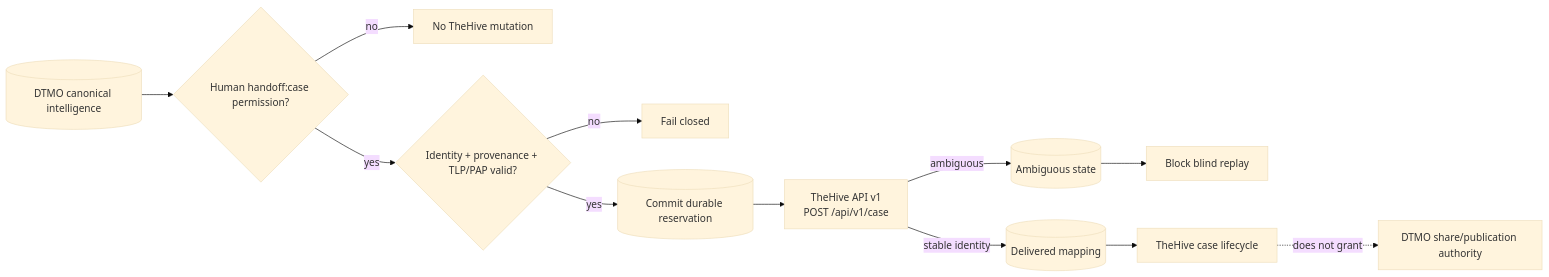
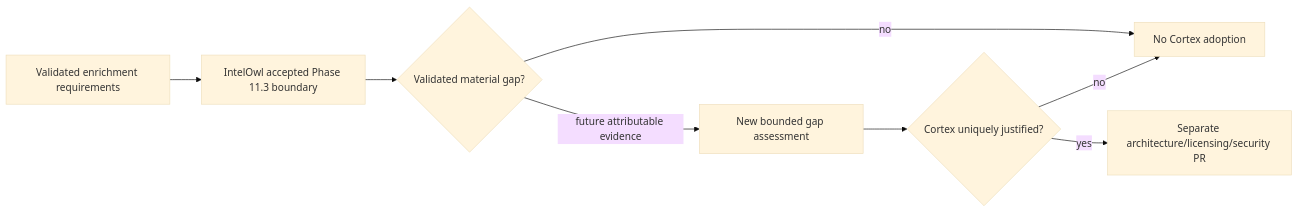
Before and after one commit to GJvManen/dtmo: the diagram in docs/project/CURRENT_STATE.md, drawn with Mermaid (base theme). The commit also changed other lines of this file, not shown here.

Commit message:
Phase 11.7: reconcile current state after TheHive acceptance

````diff
--- a/docs/project/CURRENT_STATE.md
+++ b/docs/project/CURRENT_STATE.md
@@ -50,14 +46,10 @@
 ```mermaid
 flowchart LR
-    D[(DTMO canonical intelligence)] --> A{Human handoff:case permission?}
-    A -->|no| N[No TheHive mutation]
-    A -->|yes| V{Identity + provenance + TLP/PAP valid?}
-    V -->|no| X[Fail closed]
-    V -->|yes| R[(Commit durable reservation)]
-    R --> C[TheHive API v1\nPOST /api/v1/case]
-    C -->|stable identity| M[(Delivered mapping)]
-    C -->|ambiguous| U[(Ambiguous state)]
-    U --> B[Block blind replay]
-    M --> H[TheHive case lifecycle]
-    H -. does not grant .-> S[DTMO share/publication authority]
+    R[Validated enrichment requirements] --> I[IntelOwl accepted Phase 11.3 boundary]
+    I --> G{Validated material gap?}
+    G -->|no| N[No Cortex adoption]
+    G -->|future attributable evidence| A[New bounded gap assessment]
+    A --> C{Cortex uniquely justified?}
+    C -->|yes| P[Separate architecture/licensing/security PR]
+    C -->|no| N
 ```
````
